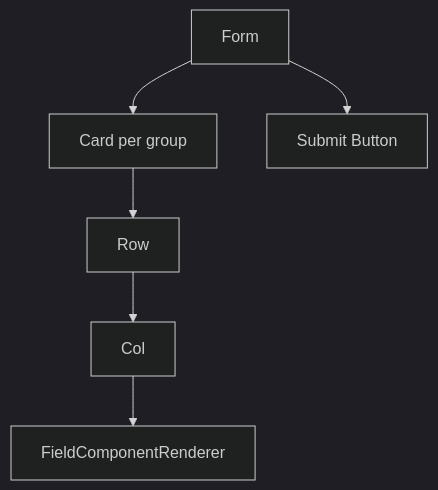
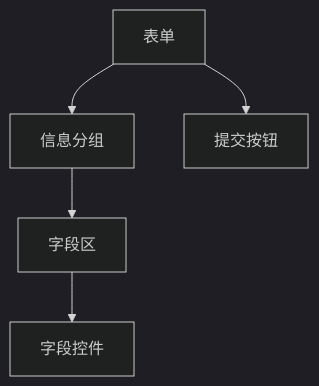
Before and after one commit to whynotsnow/dynamic-form: the second of 2 diagrams in apps/docs-site/docs/rendering-and-ui.md, drawn with Mermaid (dark theme). The commit also changed other lines of this file and 13 other files, not shown here.

````diff
--- a/apps/docs-site/docs/rendering-and-ui.md
+++ b/apps/docs-site/docs/rendering-and-ui.md
@@ -19,8 +25,7 @@
 ```mermaid
 flowchart TD
-  form["Form"] --> card["Card per group"]
-  card --> row["Row"]
-  row --> col["Col"]
-  col --> renderer["FieldComponentRenderer"]
-  form --> submit["Submit Button"]
+  form["表单"] --> group["信息分组"]
+  group --> fields["字段区"]
+  fields --> controls["字段控件"]
+  form --> submit["提交按钮"]
 ```
````
